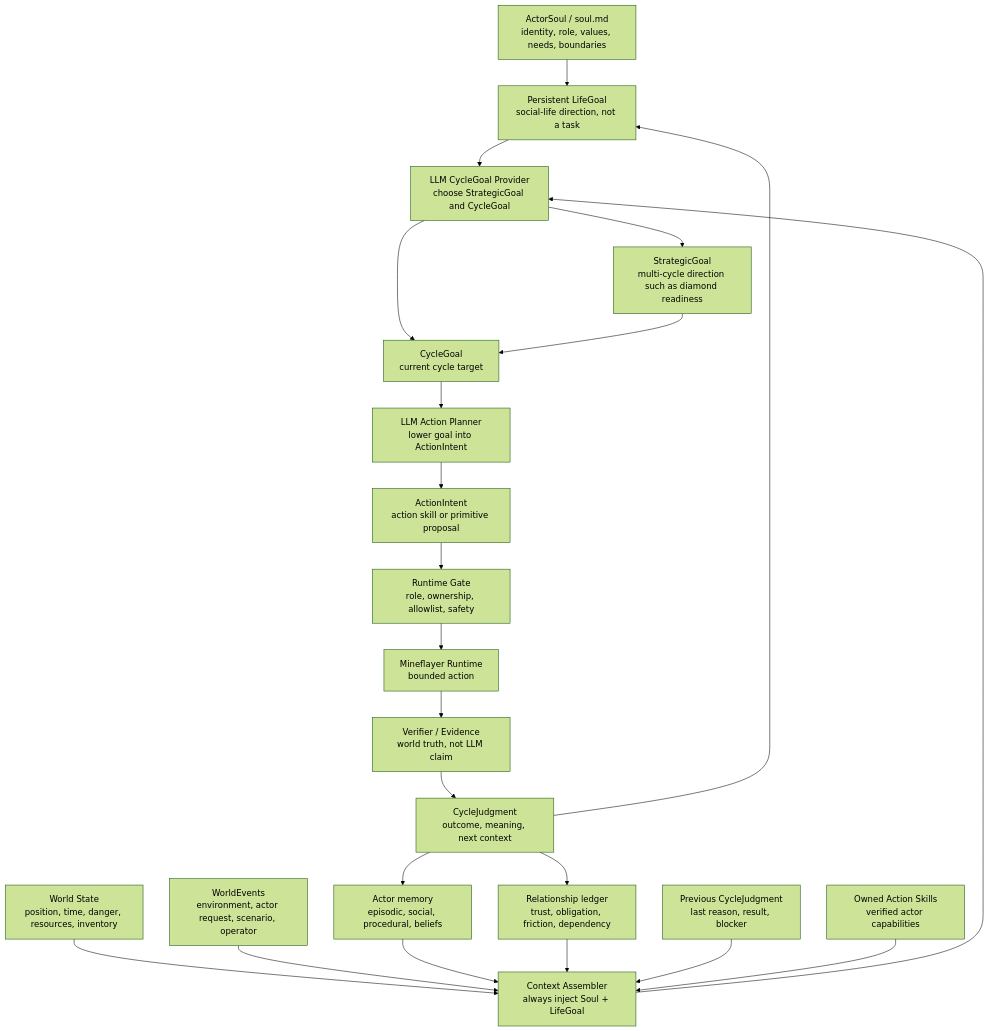
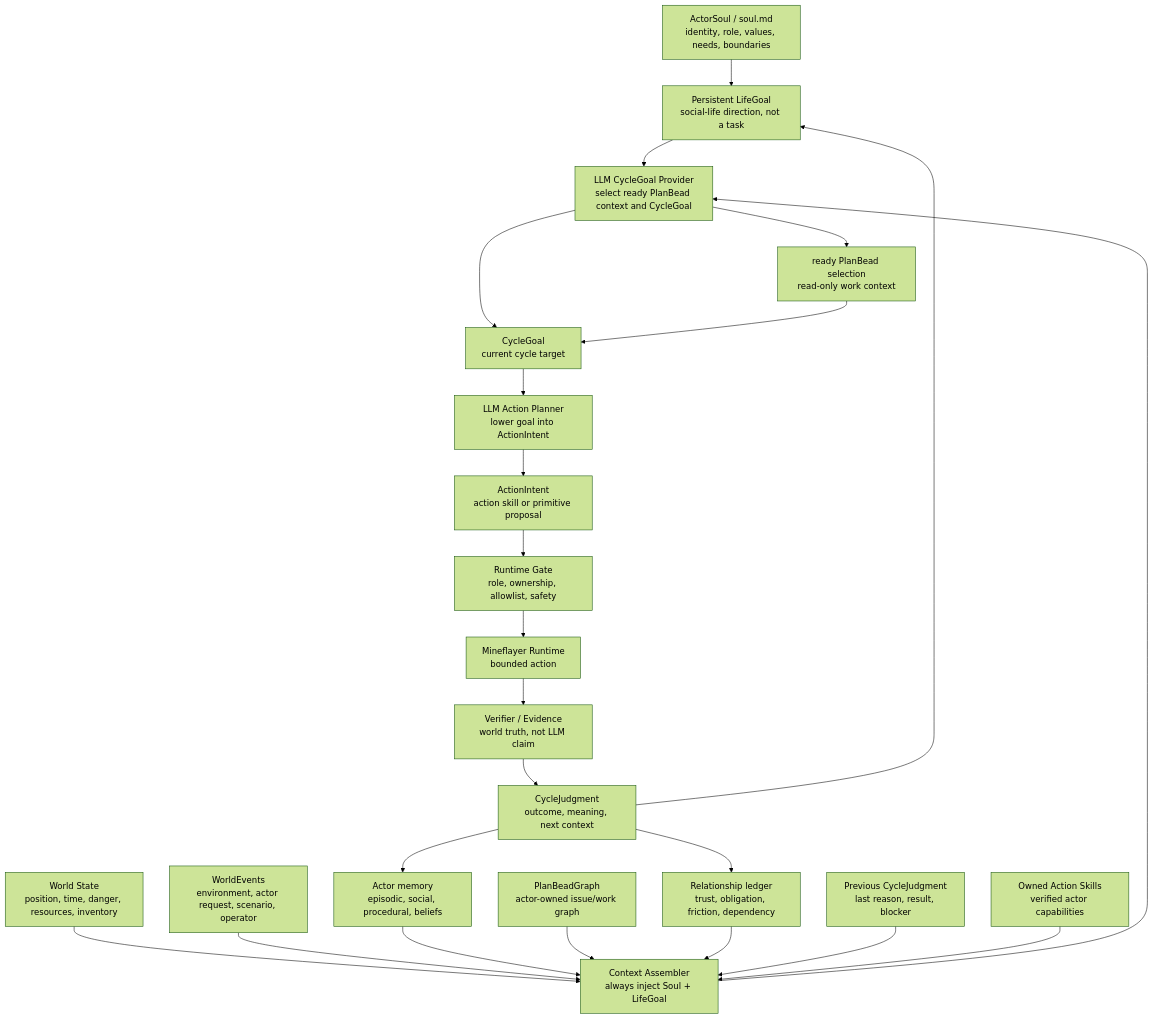
The first of 2 diagrams in docs/blog-doc/Architecture/Soul-Life-Goal-Runtime-Architecture.md (gigio1023/minecraft-llm-agent-community), drawn with Mermaid (forest theme) before and after one commit. The commit also changed other lines of this file and 8 other files, not shown here.

Commit message:
Align PlanBeads with issue graph model

````diff
--- a/docs/blog-doc/Architecture/Soul-Life-Goal-Runtime-Architecture.md
+++ b/docs/blog-doc/Architecture/Soul-Life-Goal-Runtime-Architecture.md
@@ -326,24 +334,25 @@
 ```mermaid
 flowchart TB
   Soul["ActorSoul / soul.md<br/>identity, role, values, needs, boundaries"] --> LifeGoal["Persistent LifeGoal<br/>social-life direction, not a task"]
-  LifeGoal --> CycleGoalProvider["LLM CycleGoal Provider<br/>choose StrategicGoal and CycleGoal"]
+  LifeGoal --> CycleGoalProvider["LLM CycleGoal Provider<br/>select ready PlanBead context and CycleGoal"]
   World["World State<br/>position, time, danger, resources, inventory"] --> Context["Context Assembler<br/>always inject Soul + LifeGoal"]
   Events["WorldEvents<br/>environment, actor request, scenario, operator"] --> Context
   Memory["Actor memory<br/>episodic, social, procedural, beliefs"] --> Context
+  Beads["PlanBeadGraph<br/>actor-owned issue/work graph"] --> Context
   Relations["Relationship ledger<br/>trust, obligation, friction, dependency"] --> Context
   Prev["Previous CycleJudgment<br/>last reason, result, blocker"] --> Context
   Skills["Owned Action Skills<br/>verified actor capabilities"] --> Context
   Context --> CycleGoalProvider
-  CycleGoalProvider --> StrategicGoal["StrategicGoal<br/>multi-cycle direction such as diamond readiness"]
+  CycleGoalProvider --> PlanBead["ready PlanBead selection<br/>read-only work context"]
   CycleGoalProvider --> CycleGoal["CycleGoal<br/>current cycle target"]
-  StrategicGoal --> CycleGoal
+  PlanBead --> CycleGoal
   CycleGoal --> ActionPlanner["LLM Action Planner<br/>lower goal into ActionIntent"]
   ActionPlanner --> Intent["ActionIntent<br/>action skill or primitive proposal"]
   Intent --> Gate["Runtime Gate<br/>role, ownership, allowlist, safety"]
   Gate --> Runner["Mineflayer Runtime<br/>bounded action"]
   Runner --> Verifier["Verifier / Evidence<br/>world truth, not LLM claim"]
   Verifier --> Judgment["CycleJudgment<br/>outcome, meaning, next context"]
   Judgment --> Memory
   Judgment --> Relations
   Judgment --> LifeGoal
 ```
````
